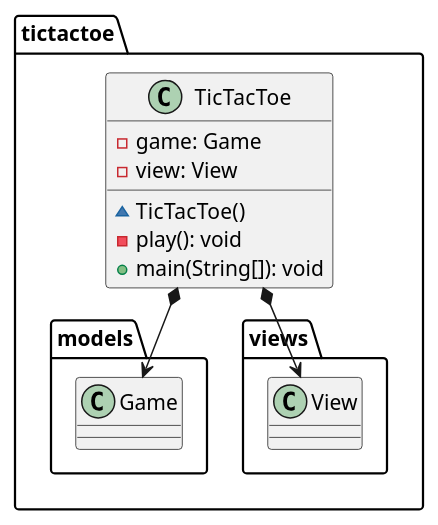
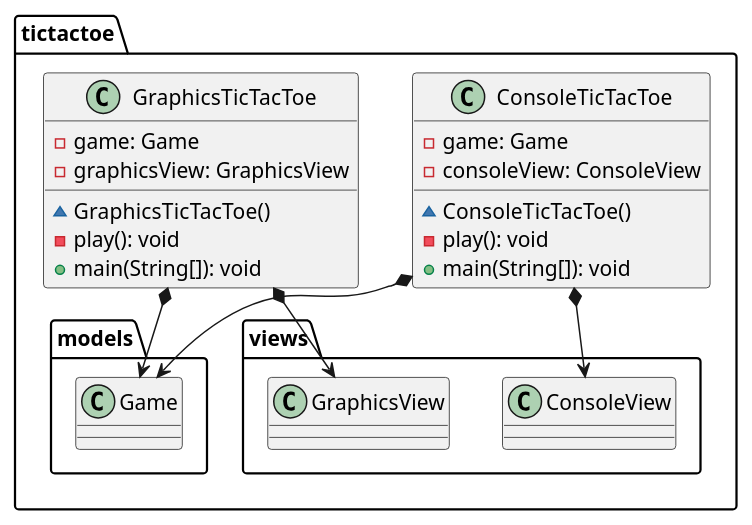
One commit to x-USantaTecla-game-ticTacToe/java changed the second of 4 diagrams in docs/src/docs/asciidoc/index.adoc. Above: the diagram before and after it, drawn with PlantUML. The commit also changed other lines of this file and 61 other files, not shown here.

```diff
--- a/docs/src/docs/asciidoc/index.adoc
+++ b/docs/src/docs/asciidoc/index.adoc
@@ -56,14 +72,24 @@
-[plantuml,version2TicTacToe,svg]
+[plantuml,version3TicTacToe,svg]
 ....
 
-class  tictactoe.TicTacToe{
+class  tictactoe.ConsoleTicTacToe{
 - game: Game
-- view: View
-~ TicTacToe()
+- consoleView: ConsoleView
+~ ConsoleTicTacToe()
 - play(): void
 + main(String[]): void
 }
-tictactoe.TicTacToe *-down-> tictactoe.models.Game
-tictactoe.TicTacToe *-down-> tictactoe.views.View
+tictactoe.ConsoleTicTacToe *-down-> tictactoe.models.Game
+tictactoe.ConsoleTicTacToe *-down-> tictactoe.views.ConsoleView
+
+class  tictactoe.GraphicsTicTacToe{
+- game: Game
+- graphicsView: GraphicsView
+~ GraphicsTicTacToe()
+- play(): void
++ main(String[]): void
+}
+tictactoe.GraphicsTicTacToe *-down-> tictactoe.models.Game
+tictactoe.GraphicsTicTacToe *-down-> tictactoe.views.GraphicsView
 
 ....
```
